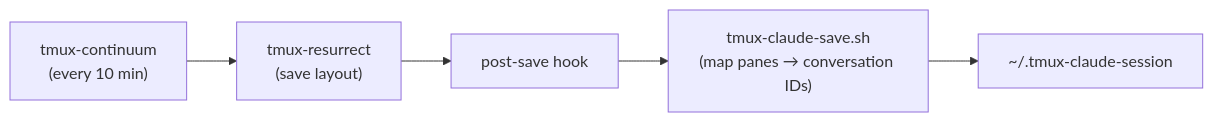
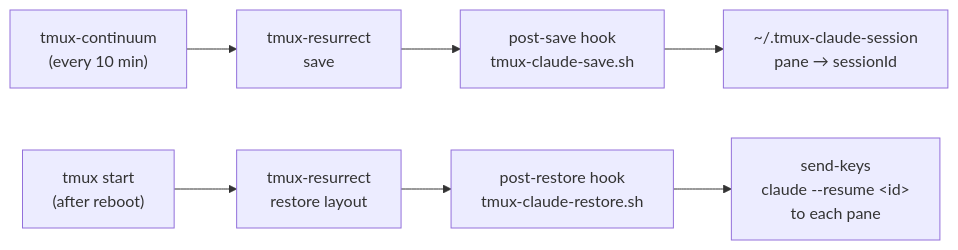
One commit to johnnywang016/tmux-claude changed the diagram in README.md. Above: the diagram before and after it, drawn with Mermaid. The commit also changed other lines of this file and 3 other files, not shown here.

First line of the commit message:
Map each pane to its own conversation; restore via post-restore hook

````diff
--- a/README.md
+++ b/README.md
@@ -35,7 +44,9 @@
 ```mermaid
 flowchart LR
-    A["tmux-continuum<br>(every 10 min)"] --> B["tmux-resurrect<br>(save layout)"]
-    B --> C["post-save hook"]
-    C --> D["tmux-claude-save.sh<br>(map panes → conversation IDs)"]
-    D --> E["~/.tmux-claude-session"]
+    A["tmux-continuum<br>(every 10 min)"] --> B["tmux-resurrect<br>save"]
+    B --> C["post-save hook<br>tmux-claude-save.sh"]
+    C --> D["~/.tmux-claude-session<br>pane → sessionId"]
+    E["tmux start<br>(after reboot)"] --> F["tmux-resurrect<br>restore layout"]
+    F --> G["post-restore hook<br>tmux-claude-restore.sh"]
+    G --> H["send-keys<br>claude --resume &lt;id&gt;<br>to each pane"]
 ```
````
